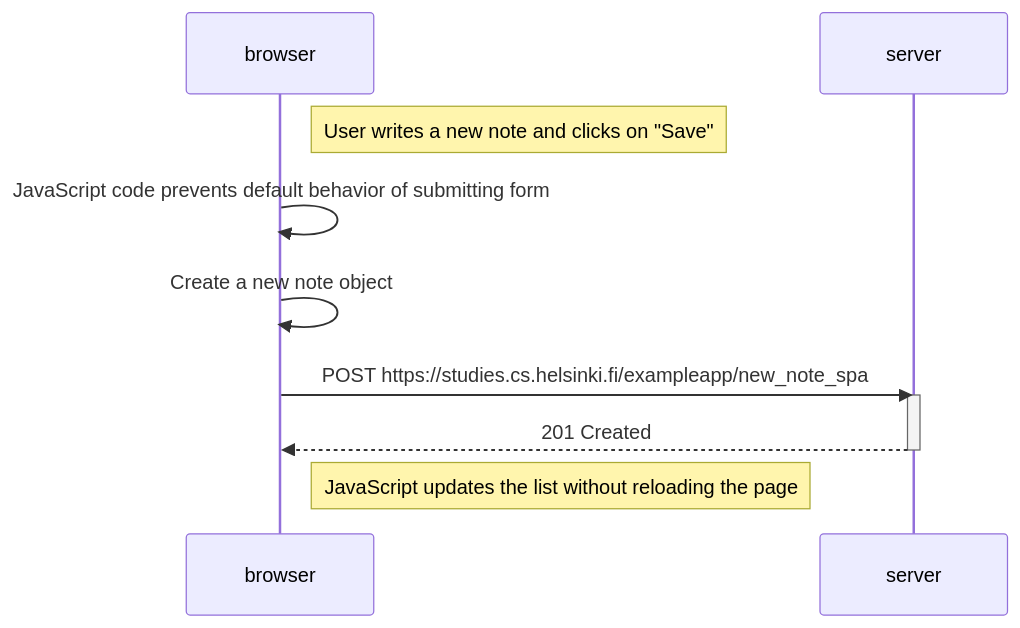
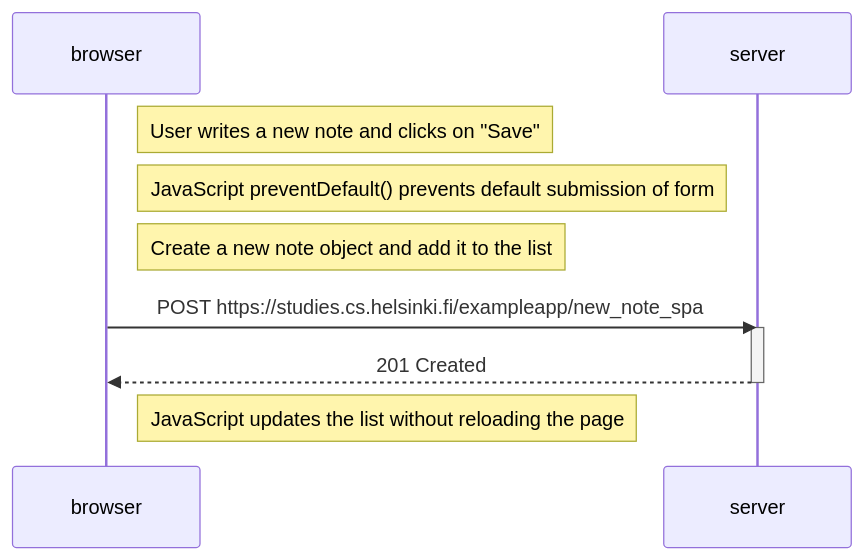
The diagram in osa0/uusi_muistiinpano_spa.md (jennipeltola/fullstackopen), drawn with Mermaid before and after one commit.

````diff
--- a/osa0/uusi_muistiinpano_spa.md
+++ b/osa0/uusi_muistiinpano_spa.md
@@ -1,16 +1,16 @@
 ```mermaid
 sequenceDiagram
     participant browser
     participant server
     
     Note right of browser: User writes a new note and clicks on "Save"
-    browser->>browser: JavaScript code prevents default behavior of submitting form
-    browser->>browser: Create a new note object
+    Note right of browser: JavaScript preventDefault() prevents default submission of form
+    Note right of browser: Create a new note object and add it to the list
     
     browser->>server: POST https://studies.cs.helsinki.fi/exampleapp/new_note_spa
     activate server
     server-->>browser: 201 Created
     deactivate server
 
     Note right of browser: JavaScript updates the list without reloading the page
 ```
````
